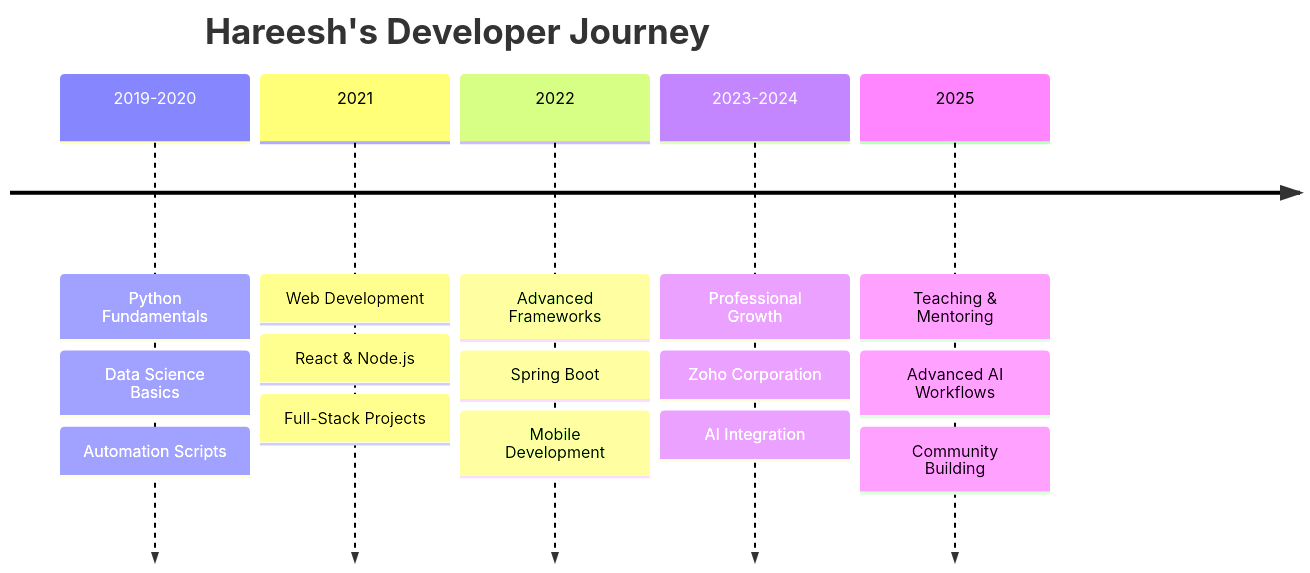
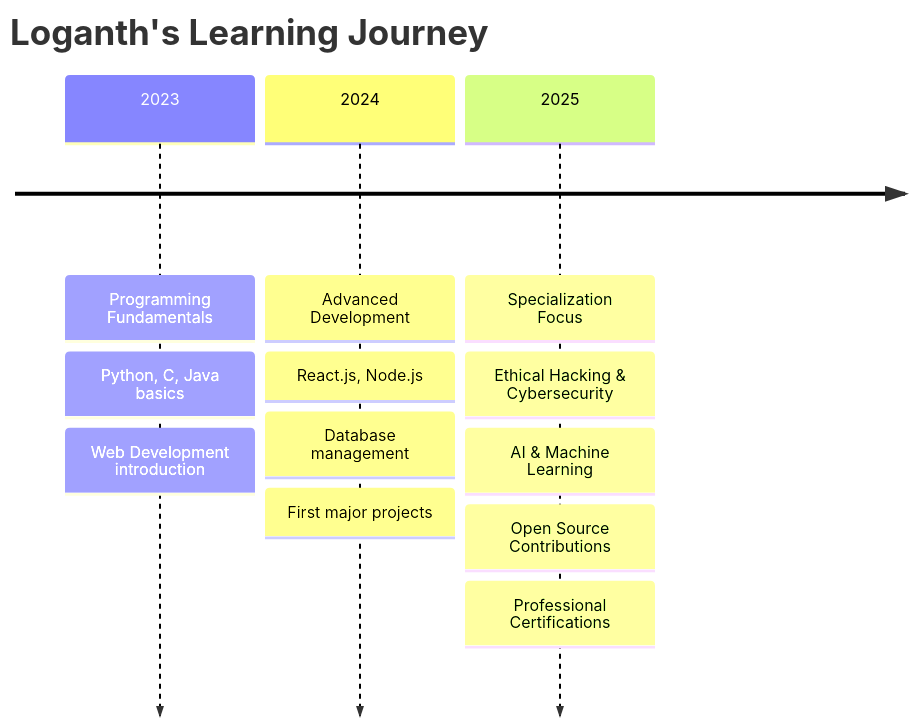
The diagram in README.md (LoganthP/LoganthP), drawn with Mermaid before and after one commit. The commit also changed other lines of this file, not shown here.

````diff
--- a/README.md
+++ b/README.md
@@ -166,19 +276,19 @@
 ```mermaid
 timeline
-    title Hareesh's Developer Journey
-    2019-2020 : Python Fundamentals
-              : Data Science Basics
-              : Automation Scripts
-    2021      : Web Development
-              : React & Node.js
-              : Full-Stack Projects
-    2022      : Advanced Frameworks
-              : Spring Boot
-              : Mobile Development
-    2023-2024 : Professional Growth
-              : Zoho Corporation
-              : AI Integration
-    2025      : Teaching & Mentoring
-              : Advanced AI Workflows
-              : Community Building
+    title Loganth's Learning Journey
+    
+    2023 : Programming Fundamentals
+         : Python, C, Java basics
+         : Web Development introduction
+    
+    2024 : Advanced Development
+         : React.js, Node.js
+         : Database management
+         : First major projects
+    
+    2025 : Specialization Focus
+         : Ethical Hacking & Cybersecurity
+         : AI & Machine Learning
+         : Open Source Contributions
+         : Professional Certifications
 ```
````
